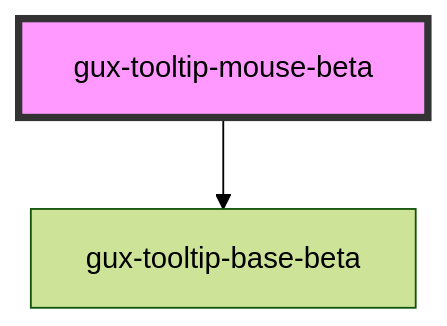
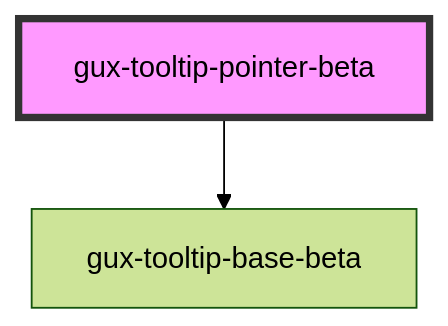
The diagram in packages/genesys-spark-components/src/components/beta/gux-tooltip-pointer-beta/readme.md (MyPureCloud/genesys-spark), drawn with Mermaid (forest theme) before and after one commit. The commit also changed other lines of this file and 3 other files, not shown here.

Commit message:
chore(tooltip-pointer-beta): making example page more robust

````diff
--- a/packages/genesys-spark-components/src/components/beta/gux-tooltip-pointer-beta/readme.md
+++ b/packages/genesys-spark-components/src/components/beta/gux-tooltip-pointer-beta/readme.md
@@ -55,5 +55,5 @@
 ```mermaid
 graph TD;
-  gux-tooltip-mouse-beta --> gux-tooltip-base-beta
-  style gux-tooltip-mouse-beta fill:#f9f,stroke:#333,stroke-width:4px
+  gux-tooltip-pointer-beta --> gux-tooltip-base-beta
+  style gux-tooltip-pointer-beta fill:#f9f,stroke:#333,stroke-width:4px
 ```
````
